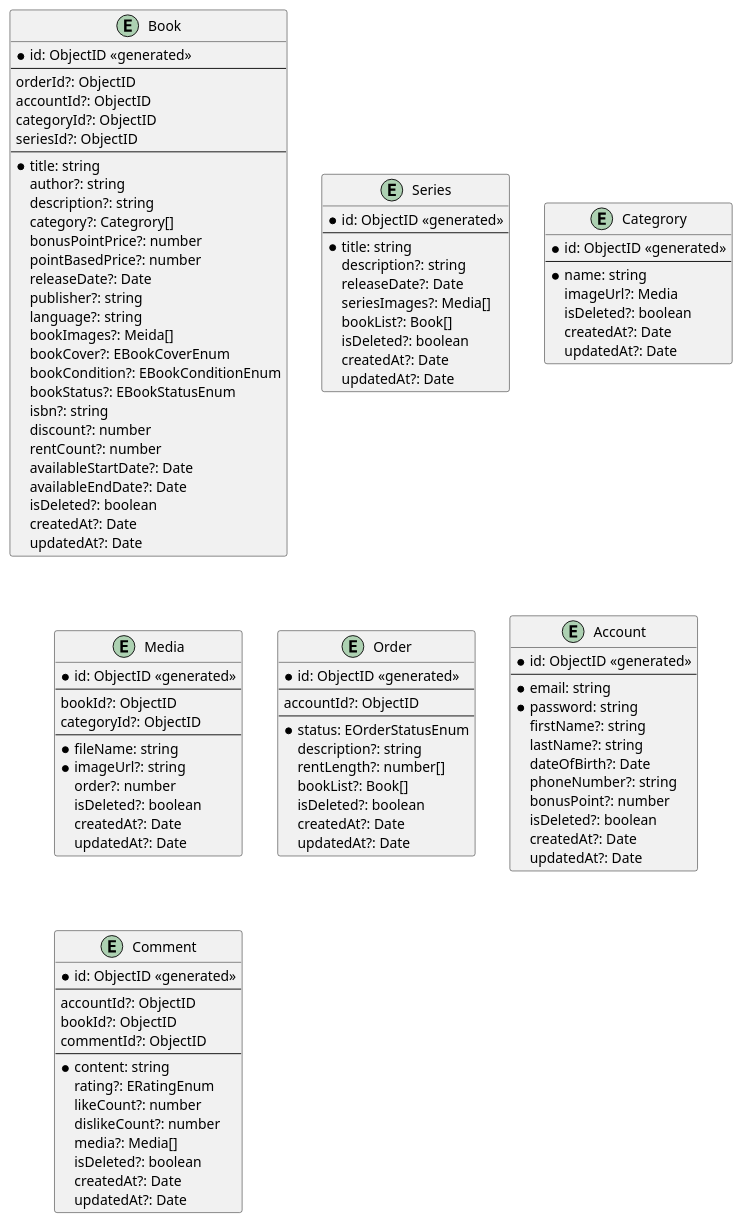
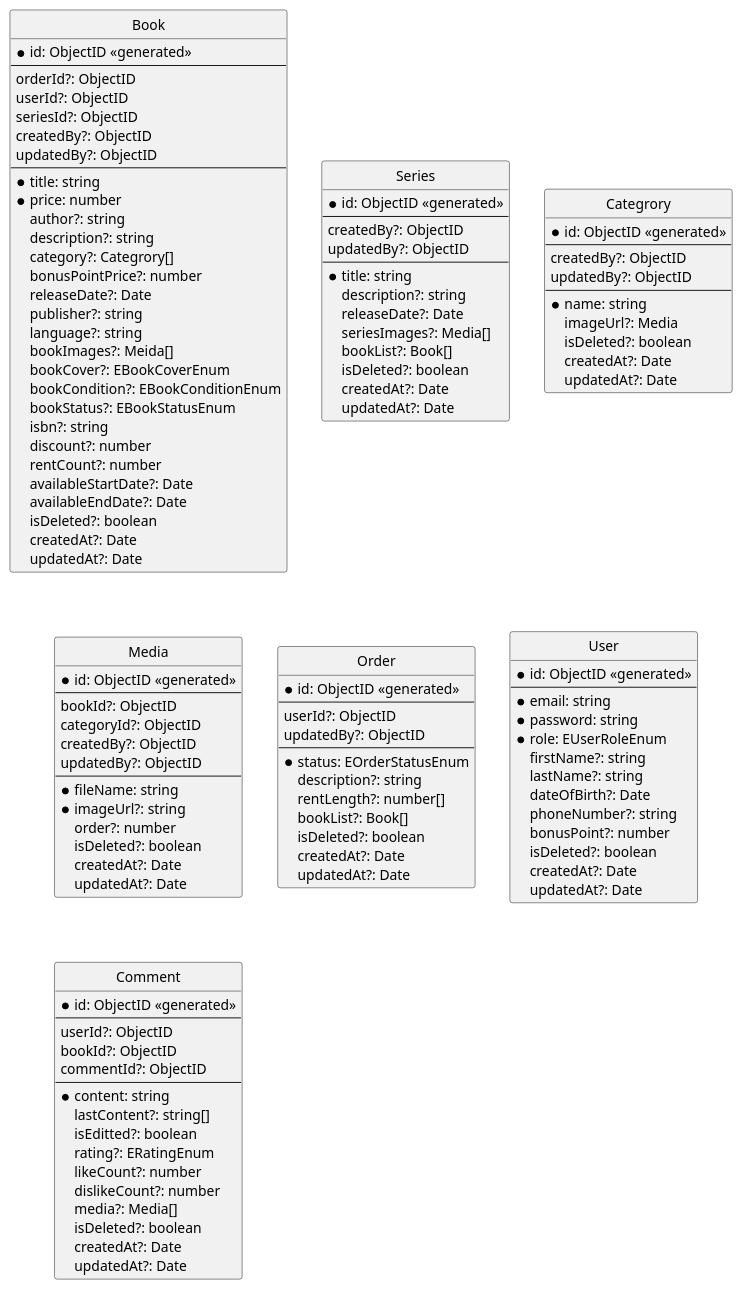
One commit to taint3110/bookshare changed the diagram in docs/ERD/ERD.puml. Above: the diagram before and after it, drawn with PlantUML.

Commit message:
BS-04 | Update ERD
BS-04 | Update ERD

Update ERD

BS-04 | Update ERD

```diff
--- a/docs/ERD/ERD.puml
+++ b/docs/ERD/ERD.puml
@@ -1,154 +1,172 @@
-@startuml
-
+@startuml BookShare Entity Relationship Diagram
+hide circle
 skinparam linetype ortho
 
 
 entity "Book" as book {
   *id: ObjectID <<generated>>
   --
   orderId?: ObjectID
-  accountId?: ObjectID
-  categoryId?: ObjectID
+  userId?: ObjectID
   seriesId?: ObjectID
+  createdBy?: ObjectID
+  updatedBy?: ObjectID
   --
   *title: string
+  *price: number
   author?: string
   description?: string
   category?: Categrory[]
   bonusPointPrice?: number
-  pointBasedPrice?: number
   releaseDate?: Date
   publisher?: string
   language?: string
   bookImages?: Meida[]
   bookCover?: EBookCoverEnum 
   ' enum EBookCoverEnum {
   '   SOFT = 'soft',
   '   HARD = 'hard',
   ' }
   bookCondition?: EBookConditionEnum
   ' enum EBookConditionEnum {
   '   NEW = 'new',
   '   OLD = 'old',
   '   DAMAGED = 'damaged',
   '   LOST = 'lost',
   ' }
   bookStatus?: EBookStatusEnum
   ' enum EBookStatusEnum {
   '   AVAILABLE = 'available',
   '   UNAVAILABLE = 'unavailable',
   '   RENTED = 'rented',
   ' }
   isbn?: string
   discount?: number
   rentCount?: number
   availableStartDate?: Date
   availableEndDate?: Date
   isDeleted?: boolean
   createdAt?: Date
   updatedAt?: Date
 }
 
 entity "Series" as series {
   *id: ObjectID <<generated>>
   --
+  createdBy?: ObjectID
+  updatedBy?: ObjectID
+  --
   *title: string
   description?: string
   releaseDate?: Date
   seriesImages?: Media[]
   bookList?: Book[]
   isDeleted?: boolean
   createdAt?: Date
   updatedAt?: Date
 }
 
 
 entity "Categrory" as category {
   *id: ObjectID <<generated>>
   --
+  createdBy?: ObjectID
+  updatedBy?: ObjectID
+  --
   *name: string
   imageUrl?: Media
   isDeleted?: boolean
   createdAt?: Date
   updatedAt?: Date
 }
 
 entity "Media" as media {
   *id: ObjectID <<generated>>
   --
   bookId?: ObjectID
   categoryId?: ObjectID
+  createdBy?: ObjectID
+  updatedBy?: ObjectID
   --
   *fileName: string
   *imageUrl?: string
   order?: number
   isDeleted?: boolean
   createdAt?: Date
   updatedAt?: Date
 }
 
 
 entity "Order" as order {
   *id: ObjectID <<generated>>
   --
-  accountId?: ObjectID
+  userId?: ObjectID
+  updatedBy?: ObjectID
   --
   *status: EOrderStatusEnum
   ' enum EApplicantStatus {
   '   NEW = 'new',
   '   READY = 'ready',
   '   DONE = 'done',
   '   FAILED = 'failed',
   '   CANCELLED = 'cancelled',
   '   RETURNED = 'returned',
   '   REFUNDED = 'refunded',
   '   OVERDUE = 'overdue',
   ' }
   description?: string
   rentLength?: number[]
   bookList?: Book[]
   isDeleted?: boolean
   createdAt?: Date
   updatedAt?: Date
 }
 
-entity "Account" as account {
+entity "User" as user {
   *id: ObjectID <<generated>>
   --
   *email: string
   *password: string
+  *role: EUserRoleEnum
+  ' enum EUserRoleEnum {
+  '   ADMIN = 'admin',
+  '   CUSTOMER = 'customer',
+  '   STAFF = 'staff',
+  ' }
   firstName?: string
   lastName?: string
   dateOfBirth?: Date
   phoneNumber?: string
   bonusPoint?: number
   isDeleted?: boolean
   createdAt?: Date
   updatedAt?: Date
 }
 
 entity "Comment" as comment {
   *id: ObjectID <<generated>>
   --
-  accountId?: ObjectID
+  userId?: ObjectID
   bookId?: ObjectID
   commentId?: ObjectID
   --
   *content: string
+  lastContent?: string[]
+  isEditted?: boolean
   rating?: ERatingEnum 
   ' ERatingEnum {
-  '  ONE = 'one',
-  '  TWO = 'two',
-  '  THREE = 'three',
-  '  FOUR = 'four',
-  '  FIVE = 'five', 
+  '  ONE = 1,
+  '  TWO = 2,
+  '  THREE = 3,
+  '  FOUR = 4,
+  '  FIVE = 5, 
   ' }
   likeCount?: number
   dislikeCount?: number
   media?: Media[]
   isDeleted?: boolean
   createdAt?: Date
   updatedAt?: Date
 }
 
 @enduml
```
